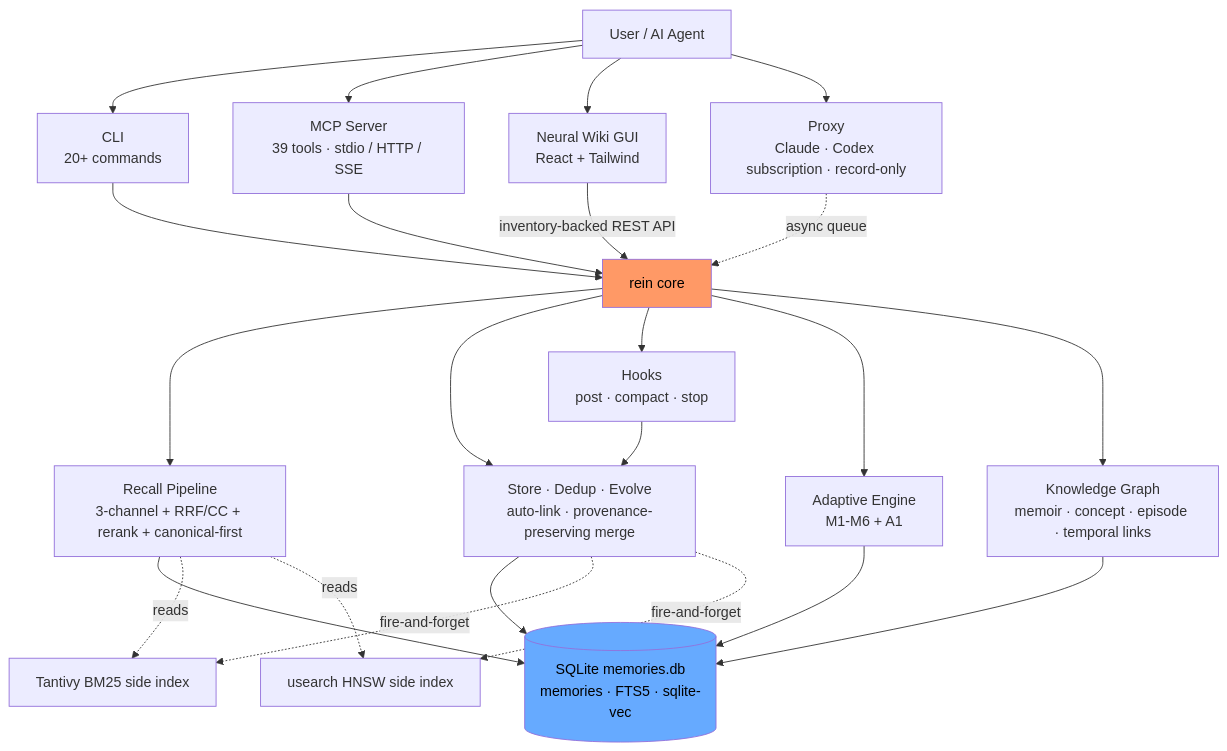
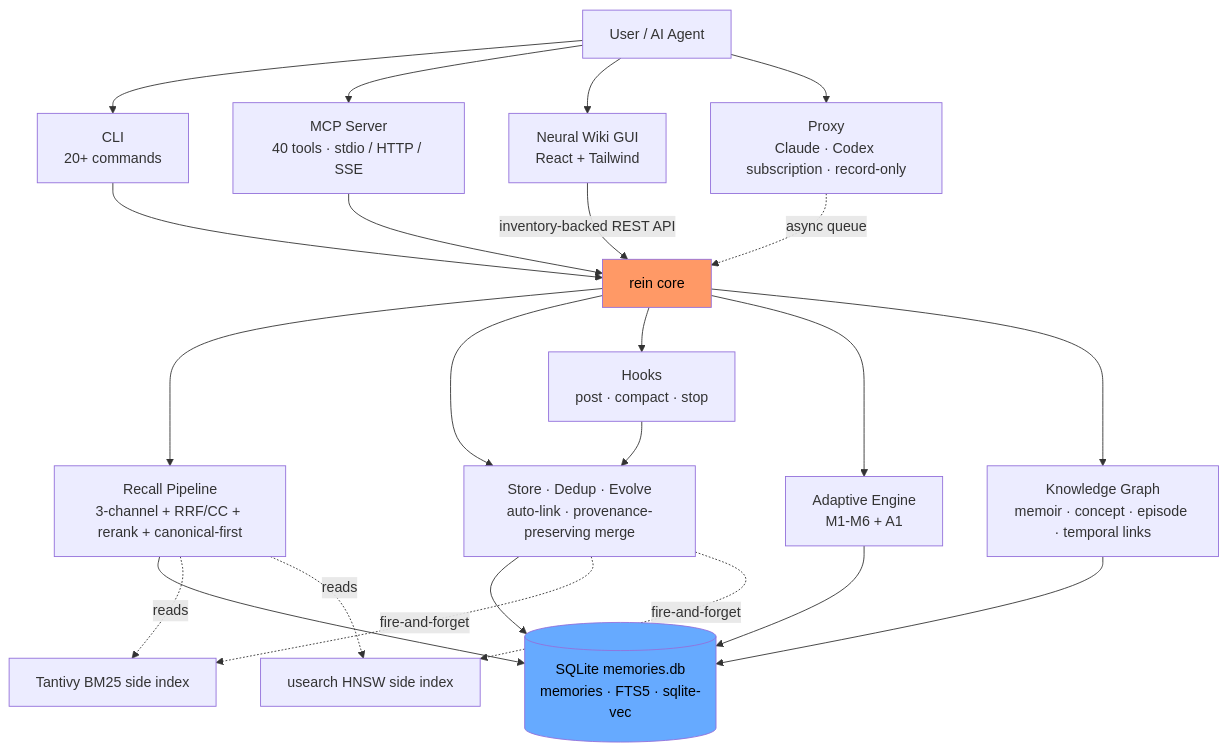
The fourth of 8 diagrams in README.md (lyr1cs/rein), drawn with Mermaid before and after one commit. The commit also changed other lines of this file and 10 other files, not shown here.

````diff
--- a/README.md
+++ b/README.md
@@ -1032,49 +1033,49 @@
 ```mermaid
 flowchart TD
     U[User / AI Agent]
     CLI[CLI\n20+ commands]
-    MCP[MCP Server\n39 tools · stdio / HTTP / SSE]
+    MCP[MCP Server\n40 tools · stdio / HTTP / SSE]
     GUI[Neural Wiki GUI\nReact + Tailwind]
     PXY[Proxy\nClaude · Codex subscription · record-only]
 
     U --> CLI
     U --> MCP
     U --> GUI
     U --> PXY
 
     CORE[rein core]
     CLI --> CORE
     MCP --> CORE
     GUI -->|inventory-backed REST API| CORE
     PXY -.->|async queue| CORE
 
     REC[Recall Pipeline\n3-channel + RRF/CC + rerank + canonical-first]
     ST[Store · Dedup · Evolve\nauto-link · provenance-preserving merge]
     HK[Hooks\npost · compact · stop]
     ADP[Adaptive Engine\nM1-M6 + A1]
     KG[Knowledge Graph\nmemoir · concept · episode · temporal links]
 
     CORE --> REC
     CORE --> ST
     CORE --> HK
     CORE --> ADP
     CORE --> KG
 
     DB[(SQLite memories.db\nmemories · FTS5 · sqlite-vec)]
     TN[Tantivy BM25 side index]
     US[usearch HNSW side index]
 
     REC --> DB
     ST --> DB
     HK --> ST
     ADP --> DB
     KG --> DB
 
     ST -.fire-and-forget.-> TN
     ST -.fire-and-forget.-> US
     REC -.reads.-> TN
     REC -.reads.-> US
 
     style DB fill:#6af,color:#000
     style CORE fill:#f96,color:#000
 ```
````
